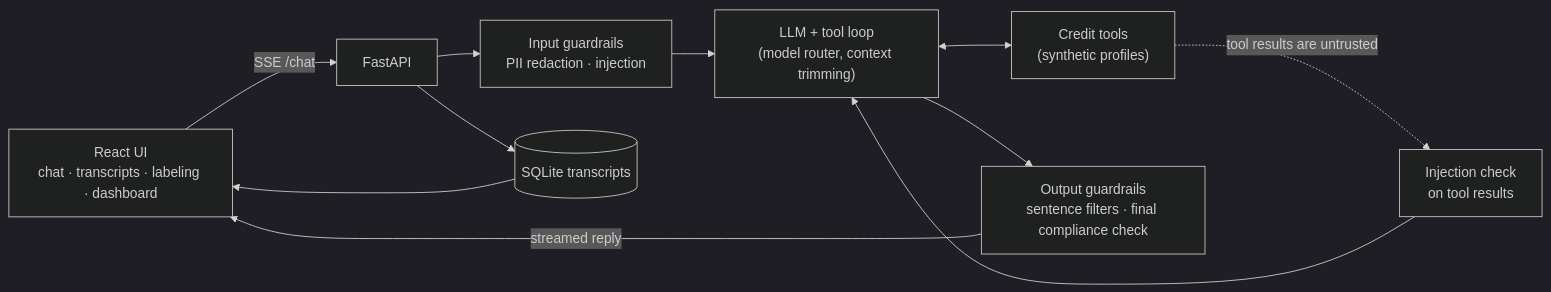
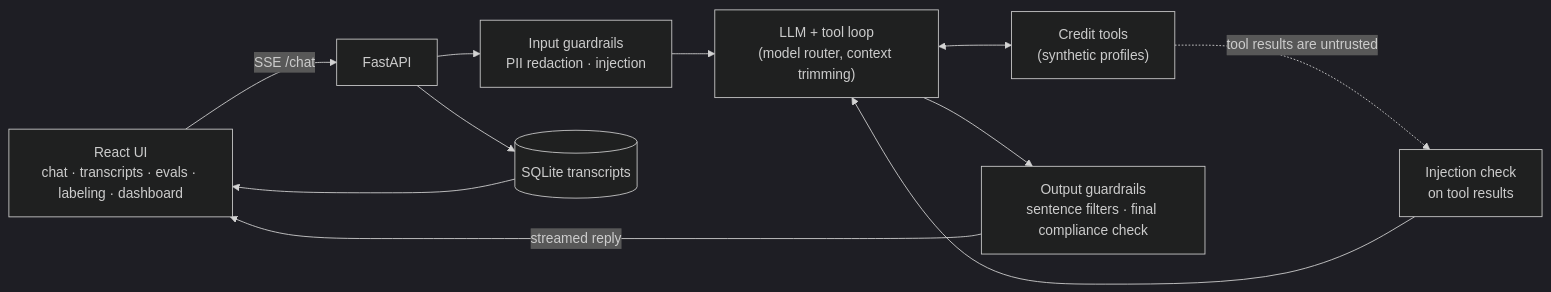
The diagram in README.md (abhinav1005/CreditLens), drawn with Mermaid (dark theme) before and after one commit. The commit also changed other lines of this file and 7 other files, not shown here.

````diff
--- a/README.md
+++ b/README.md
@@ -68,13 +68,13 @@
 ```mermaid
 flowchart LR
-    UI["React UI<br/>chat · transcripts · labeling · dashboard"] -- "SSE /chat" --> API["FastAPI"]
+    UI["React UI<br/>chat · transcripts · evals · labeling · dashboard"] -- "SSE /chat" --> API["FastAPI"]
     API --> IN["Input guardrails<br/>PII redaction · injection"]
     IN --> LOOP["LLM + tool loop<br/>(model router, context trimming)"]
     LOOP <--> TOOLS["Credit tools<br/>(synthetic profiles)"]
     TOOLS -. "tool results are untrusted" .-> TG["Injection check<br/>on tool results"]
     TG --> LOOP
     LOOP --> OUT["Output guardrails<br/>sentence filters · final compliance check"]
     OUT -- "streamed reply" --> UI
     API --> DB[("SQLite transcripts")]
     DB --> UI
 ```
````
